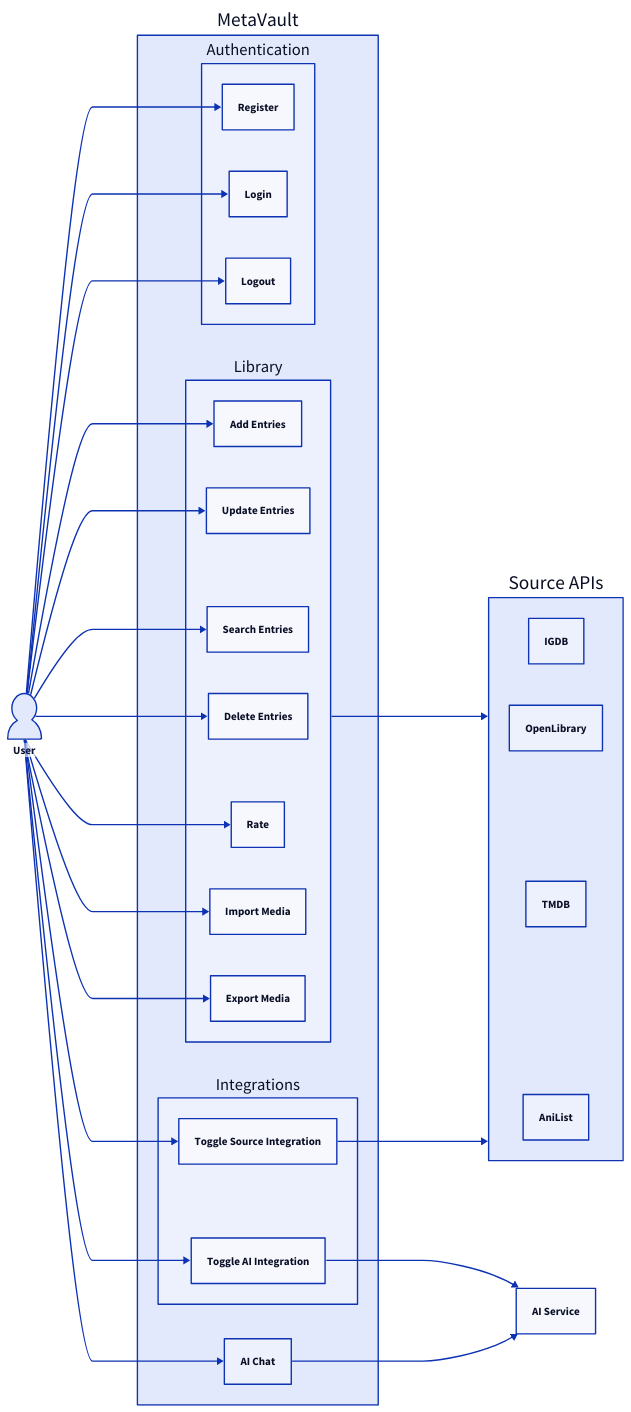
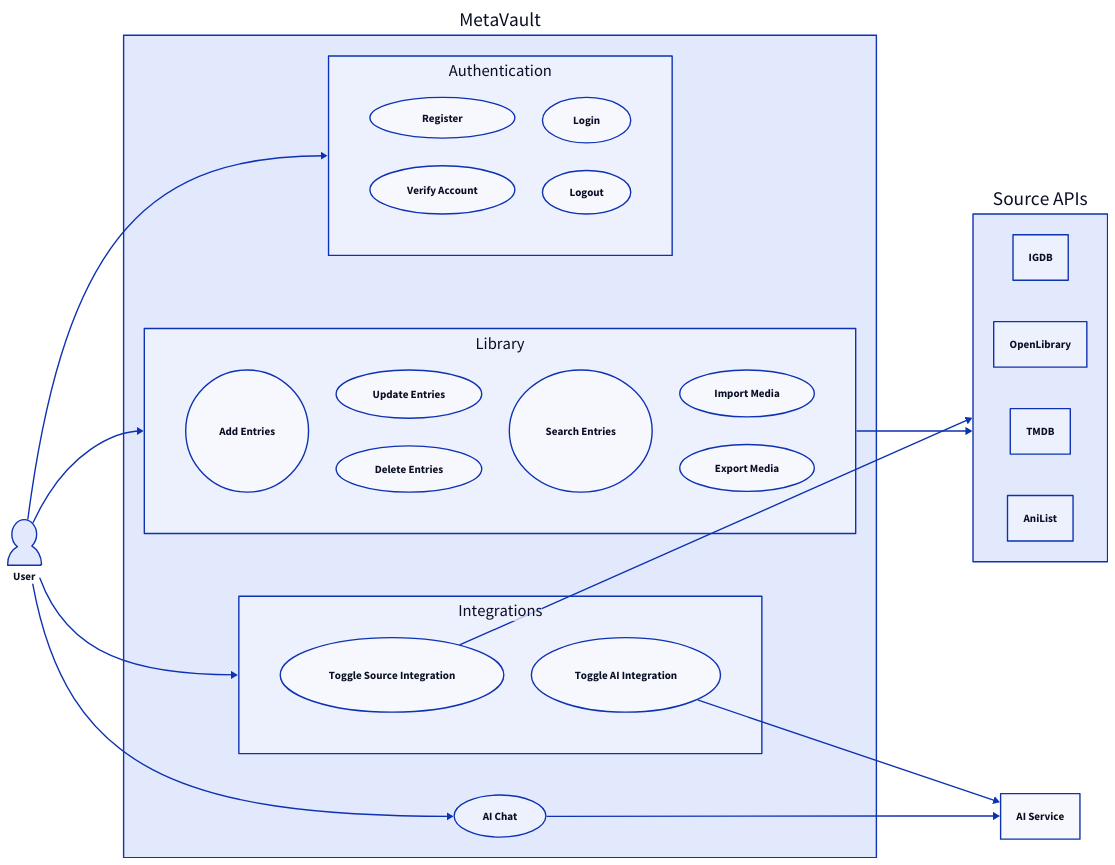
The diagram in docs/diagrams/src/use-case-diagram.d2 (etherbits/metavault), drawn with D2 before and after one commit. The commit also changed 14 other files, not shown here.

```diff
--- a/docs/diagrams/src/use-case-diagram.d2
+++ b/docs/diagrams/src/use-case-diagram.d2
@@ -1,60 +1,50 @@
 direction: right
 
 user: User { shape: person }
 
 sources: Source APIs {
   igdb: IGDB
   openlibrary: OpenLibrary
   tmdb: TMDB
   anilist: AniList
 }
 
 ai: AI Service { shape: rectangle }
 
 system: MetaVault {
   auth: Authentication {
-    register: Register
-    login: Login
-    logout: Logout
+    grid-columns: 2
+    register: Register { shape: oval }
+    verify: Verify Account { shape: oval }
+    login: Login { shape: oval }
+    logout: Logout { shape: oval }
   }
   library: Library {
-    add: Add Entries
-    search: Search Entries
-    update: Update Entries
-    delete: Delete Entries
-    rate: Rate
-    import: Import Media
-    export: Export Media
+    grid-columns: 4
+    add: Add Entries { shape: oval }
+    update: Update Entries { shape: oval }
+    delete: Delete Entries { shape: oval }
+    search: Search Entries { shape: oval }
+    import: Import Media { shape: oval }
+    export: Export Media { shape: oval }
   }
   integrations: Integrations {
-    toggle_source: Toggle Source Integration
-    toggle_ai: Toggle AI Integration
+    grid-columns: 2
+    toggle_source: Toggle Source Integration { shape: oval }
+    toggle_ai: Toggle AI Integration { shape: oval }
   }
-  ai_chat: AI Chat
+  ai_chat: AI Chat { shape: oval }
 }
 
-# Auth
-user -> system.auth.register
-user -> system.auth.login
-user -> system.auth.logout
-
-# Library actions
-user -> system.library.add
-user -> system.library.update
-user -> system.library.search
-user -> system.library.delete
-user -> system.library.rate
-user -> system.library.import
-user -> system.library.export
-
-# Integrations & AI
-user -> system.integrations.toggle_source
-user -> system.integrations.toggle_ai
+# User interacts with each feature group
+user -> system.auth
+user -> system.library
+user -> system.integrations
 user -> system.ai_chat
 
 # Collapse the source connections to the container level
 # to prevent the layout engine from exploding
 system.library -> sources
 system.integrations.toggle_source -> sources
 system.ai_chat -> ai
 system.integrations.toggle_ai -> ai
```
